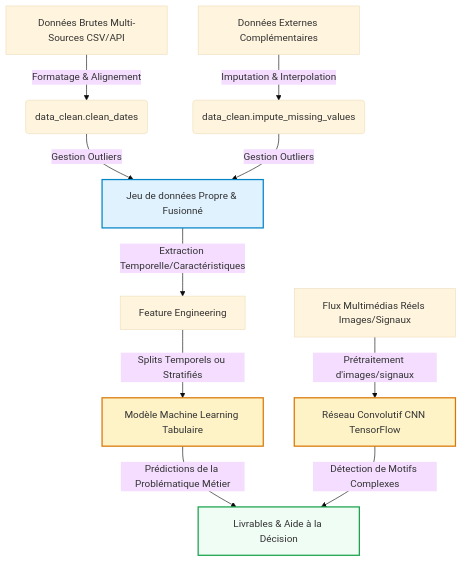
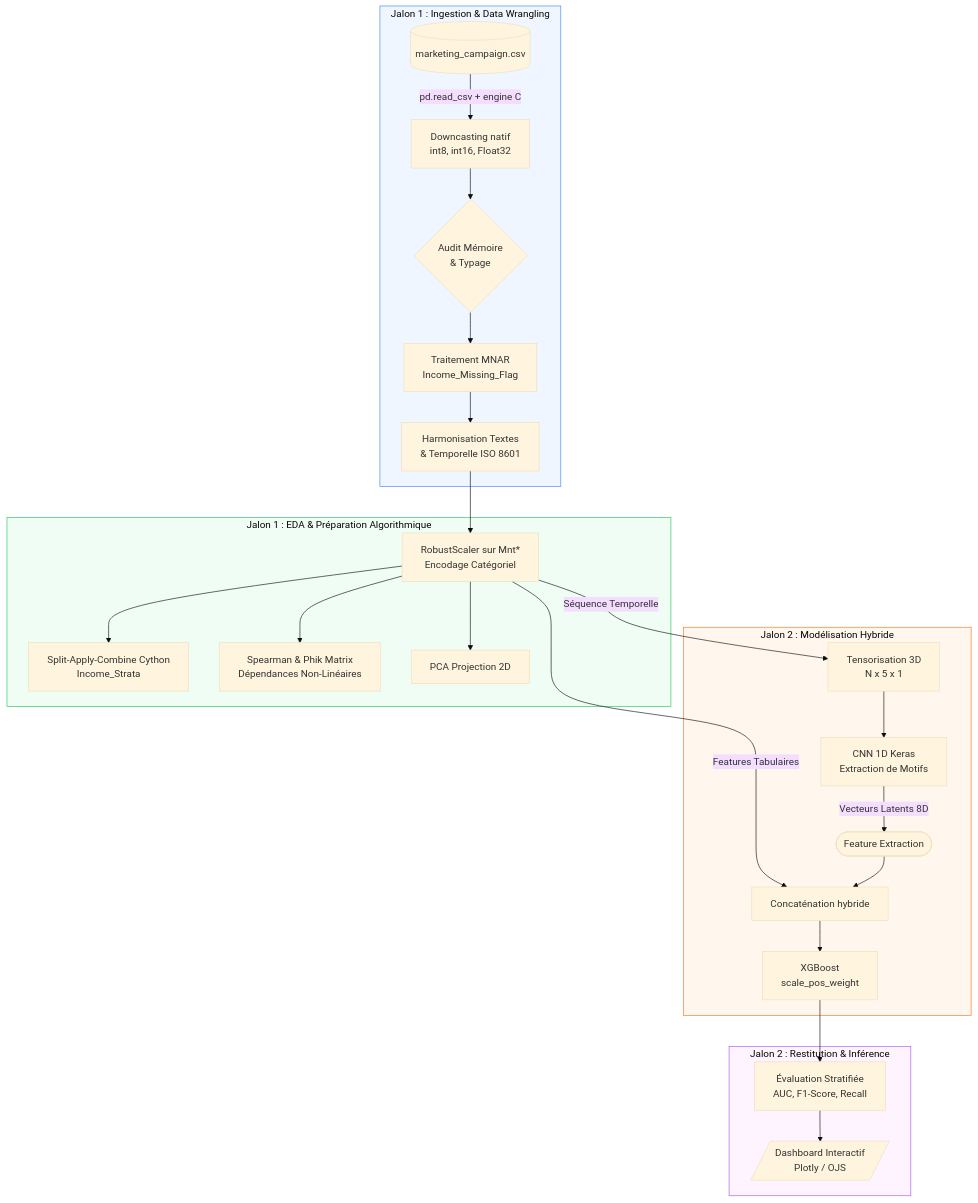
The diagram in report/rapport.qmd (Anass-HOUDZI/aptispace-datascience-projet), drawn with Mermaid (base theme) before and after one commit. The commit also changed other lines of this file and 11 other files, not shown here.

First line of the commit message:
feat(evaluation): pipeline hybride CNN+XGBoost complet et évaluation

````diff
--- a/report/rapport.qmd
+++ b/report/rapport.qmd
@@ -168,16 +169,35 @@
-```mermaid
+```{mermaid}
 graph TD
-    A[Données Brutes Multi-Sources CSV/API] -->|Formatage & Alignement| B(data_clean.clean_dates)
-    C[Données Externes Complémentaires] -->|Imputation & Interpolation| D(data_clean.impute_missing_values)
-    B & D -->|Gestion Outliers| E[Jeu de données Propre & Fusionné]
-    E -->|Extraction Temporelle/Caractéristiques| F[Feature Engineering]
-    F -->|Splits Temporels ou Stratifiés| G[Modèle Machine Learning Tabulaire]
-    H[Flux Multimédias Réels Images/Signaux] -->|Prétraitement d'images/signaux| I[Réseau Convolutif CNN TensorFlow]
-    G -->|Prédictions de la Problématique Métier| J[Livrables & Aide à la Décision]
-    I -->|Détection de Motifs Complexes| J
-    
-    style E fill:#e0f2fe,stroke:#0284c7,stroke-width:2px
-    style J fill:#f0fdf4,stroke:#16a34a,stroke-width:2px
-    style G fill:#fef3c7,stroke:#d97706,stroke-width:2px
-    style I fill:#fef3c7,stroke:#d97706,stroke-width:2px
+    subgraph J1W["Jalon 1 : Ingestion & Data Wrangling"]
+        A[(marketing_campaign.csv)] -->|"pd.read_csv + engine C"| B["Downcasting natif\nint8, int16, Float32"]
+        B --> C{"Audit Mémoire\n& Typage"}
+        C --> D["Traitement MNAR\nIncome_Missing_Flag"]
+        D --> E["Harmonisation Textes\n& Temporelle ISO 8601"]
+    end
+
+    subgraph J1E["Jalon 1 : EDA & Préparation Algorithmique"]
+        E --> F["RobustScaler sur Mnt*\nEncodage Catégoriel"]
+        F --> G["Split-Apply-Combine Cython\nIncome_Strata"]
+        F --> H["Spearman & Phik Matrix\nDépendances Non-Linéaires"]
+        F --> I["PCA Projection 2D"]
+    end
+
+    subgraph J2M["Jalon 2 : Modélisation Hybride"]
+        F -->|"Séquence Temporelle"| J["Tensorisation 3D\nN x 5 x 1"]
+        J --> K["CNN 1D Keras\nExtraction de Motifs"]
+        K -->|"Vecteurs Latents 8D"| L(["Feature Extraction"])
+        F -->|"Features Tabulaires"| M["Concaténation hybride"]
+        L --> M
+        M --> N["XGBoost\nscale_pos_weight"]
+    end
+
+    subgraph J2E["Jalon 2 : Restitution & Inférence"]
+        N --> O["Évaluation Stratifiée\nAUC, F1-Score, Recall"]
+        O --> P[/"Dashboard Interactif\nPlotly / OJS"/]
+    end
+
+    style J1W fill:#eff6ff,stroke:#3b82f6,stroke-width:1px
+    style J1E fill:#f0fdf4,stroke:#22c55e,stroke-width:1px
+    style J2M fill:#fff7ed,stroke:#f97316,stroke-width:1px
+    style J2E fill:#fdf4ff,stroke:#a855f7,stroke-width:1px
 ```
````
